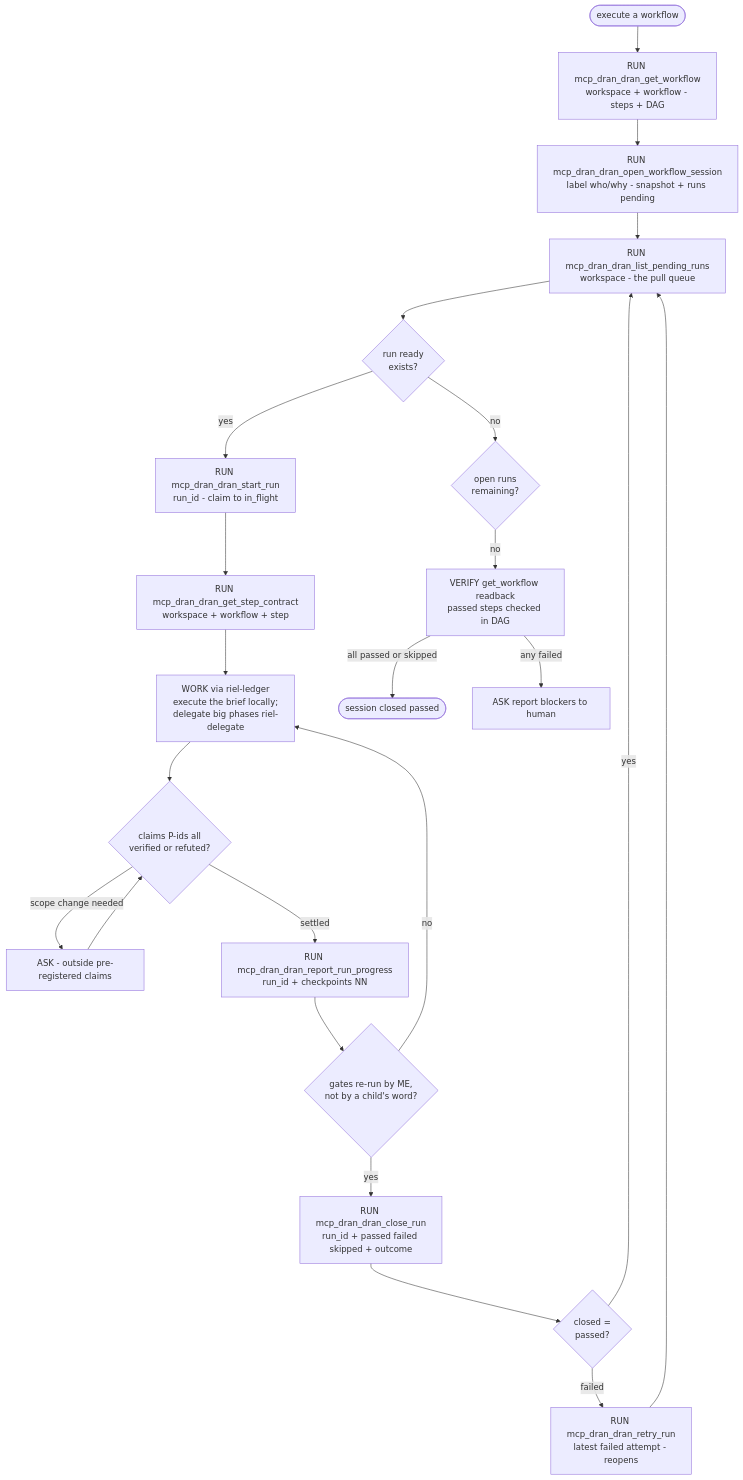
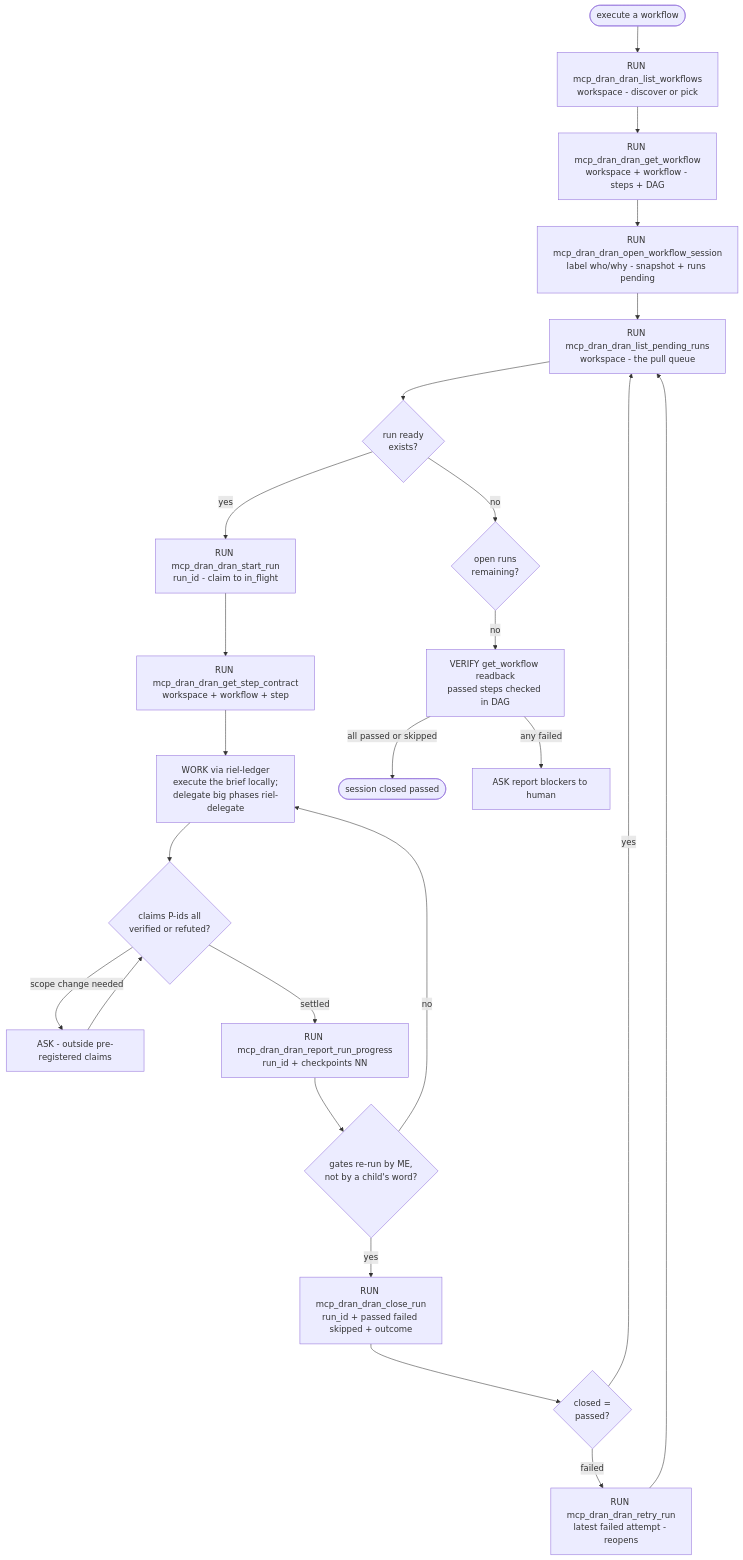
The second of 2 diagrams in skills/dran-workflow-flow/SKILL.md (alvarolizama/dran), drawn with Mermaid before and after one commit. The commit also changed other lines of this file and 3 other files, not shown here.

First line of the commit message:
docs(skills): skill dran-create-workflow — autoría de workflows desde un plan

````diff
--- a/skills/dran-workflow-flow/SKILL.md
+++ b/skills/dran-workflow-flow/SKILL.md
@@ -64,25 +64,26 @@
 ```mermaid
 flowchart TD
-  START([execute a workflow]) --> S1["RUN mcp_dran_dran_get_workflow\nworkspace + workflow - steps + DAG"]
+  START([execute a workflow]) --> S0["RUN mcp_dran_dran_list_workflows\nworkspace - discover or pick"]
+  S0 --> S1["RUN mcp_dran_dran_get_workflow\nworkspace + workflow - steps + DAG"]
   S1 --> S2["RUN mcp_dran_dran_open_workflow_session\nlabel who/why - snapshot + runs pending"]
   S2 --> S3["RUN mcp_dran_dran_list_pending_runs\nworkspace - the pull queue"]
   S3 --> G1{"run ready\nexists?"}
   G1 -->|"no"| G5{"open runs\nremaining?"}
   G1 -->|"yes"| S4["RUN mcp_dran_dran_start_run\nrun_id - claim to in_flight"]
   S4 --> S5["RUN mcp_dran_dran_get_step_contract\nworkspace + workflow + step"]
   S5 --> S6["WORK via riel-ledger\nexecute the brief locally;\ndelegate big phases riel-delegate"]
   S6 --> G2{"claims P-ids all\nverified or refuted?"}
   G2 -->|"scope change needed"| A1["ASK - outside pre-registered claims"]
   A1 --> G2
   G2 -->|"settled"| S7["RUN mcp_dran_dran_report_run_progress\nrun_id + checkpoints NN"]
   S7 --> G3{"gates re-run by ME,\nnot by a child's word?"}
   G3 -->|"no"| S6
   G3 -->|"yes"| S8["RUN mcp_dran_dran_close_run\nrun_id + passed failed skipped + outcome"]
   S8 --> G4{"closed =\npassed?"}
   G4 -->|"yes"| S3
   G4 -->|"failed"| S9["RUN mcp_dran_dran_retry_run\nlatest failed attempt - reopens"]
   S9 --> S3
   G5 -->|"no"| V1["VERIFY get_workflow readback\npassed steps checked in DAG"]
   V1 -->|"all passed or skipped"| END([session closed passed])
   V1 -->|"any failed"| A2["ASK report blockers to human"]
 ```
````
